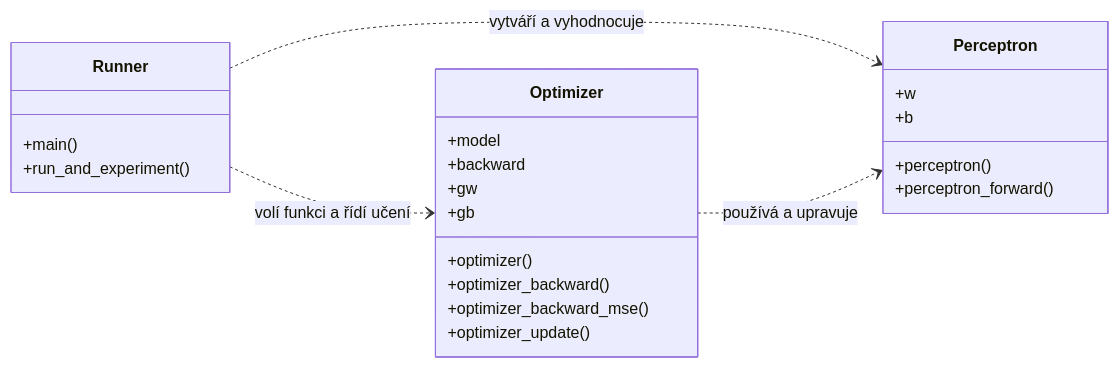
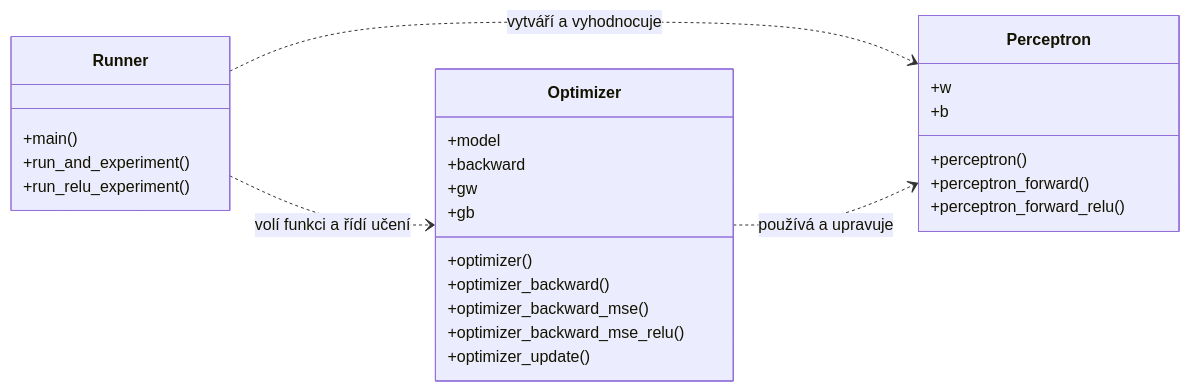
Before and after one commit to sooneoo/machine-learning: the diagram in 002-perceptron/spec/specifikace-perceptron.md, drawn with Mermaid. The commit also changed other lines of this file and 8 other files, not shown here.

````diff
--- a/002-perceptron/spec/specifikace-perceptron.md
+++ b/002-perceptron/spec/specifikace-perceptron.md
@@ -109,27 +108,30 @@
 ```mermaid
 classDiagram
     direction LR
     class Runner {
         +main()
         +run_and_experiment()
+        +run_relu_experiment()
     }
     class Optimizer {
         +model
         +backward
         +gw
         +gb
         +optimizer()
         +optimizer_backward()
         +optimizer_backward_mse()
+        +optimizer_backward_mse_relu()
         +optimizer_update()
     }
     class Perceptron {
         +w
         +b
         +perceptron()
         +perceptron_forward()
+        +perceptron_forward_relu()
     }
     Runner ..> Perceptron : vytváří a vyhodnocuje
     Runner ..> Optimizer : volí funkci a řídí učení
     Optimizer ..> Perceptron : používá a upravuje
 ```
````
